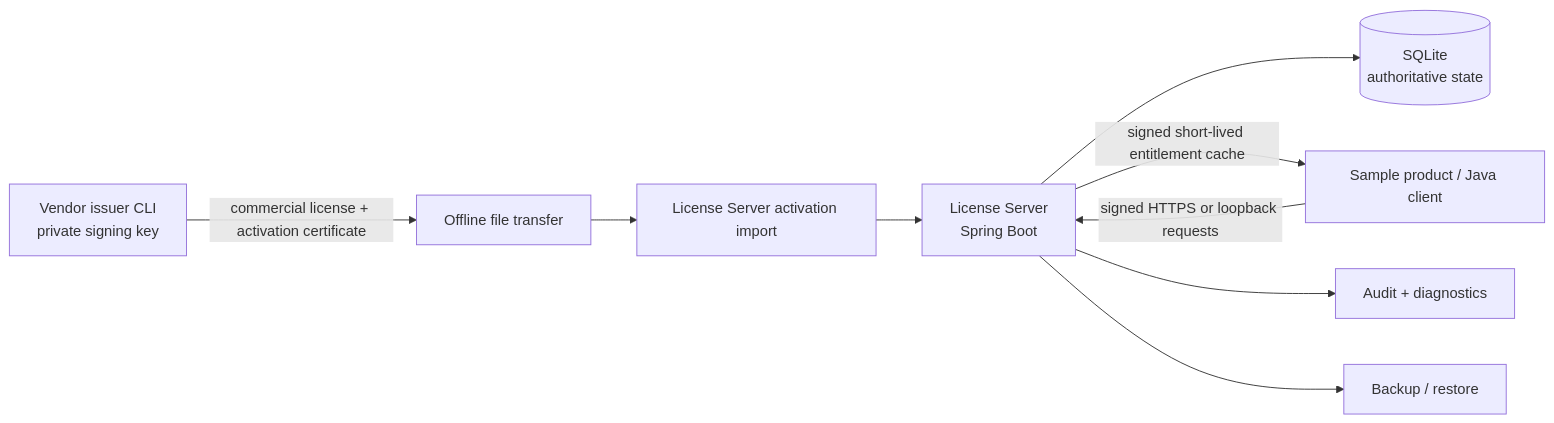
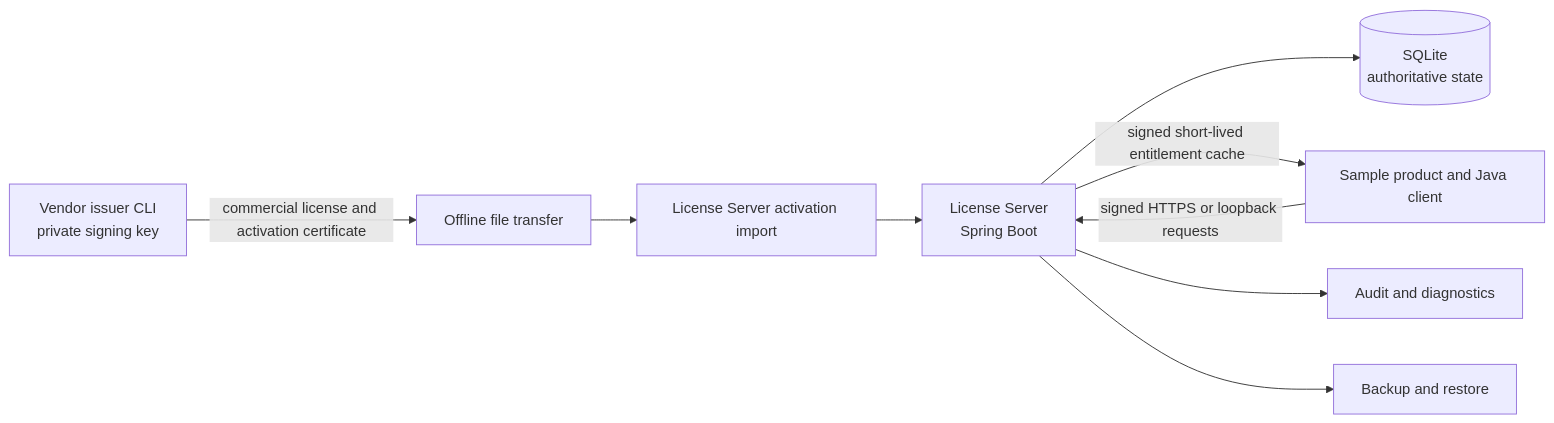
One commit to rajashashankmuppirala/offline-license-platform changed the first of 2 diagrams in offline-license-platform/docs/architecture-and-shipping.md. Above: the diagram before and after it, drawn with Mermaid. The commit also changed other lines of this file, not shown here.

Commit message:
sequence diagram

````diff
--- a/offline-license-platform/docs/architecture-and-shipping.md
+++ b/offline-license-platform/docs/architecture-and-shipping.md
@@ -18,11 +18,11 @@
 ```mermaid
 flowchart LR
-    V[Vendor issuer CLI\nprivate signing key] -->|commercial license + activation certificate| X[Offline file transfer]
-    X --> I[License Server activation import]
-    I --> S[License Server\nSpring Boot]
-    S --> D[(SQLite\nauthoritative state)]
-    P[Sample product / Java client] -->|signed HTTPS or loopback requests| S
-    S -->|signed short-lived entitlement cache| P
-    S --> R[Audit + diagnostics]
-    S --> B[Backup / restore]
+    V["Vendor issuer CLI<br/>private signing key"] -->|"commercial license and activation certificate"| X["Offline file transfer"]
+    X --> I["License Server activation import"]
+    I --> S["License Server<br/>Spring Boot"]
+    S --> D[("SQLite<br/>authoritative state")]
+    P["Sample product and Java client"] -->|"signed HTTPS or loopback requests"| S
+    S -->|"signed short-lived entitlement cache"| P
+    S --> R["Audit and diagnostics"]
+    S --> B["Backup and restore"]
 ```
````
